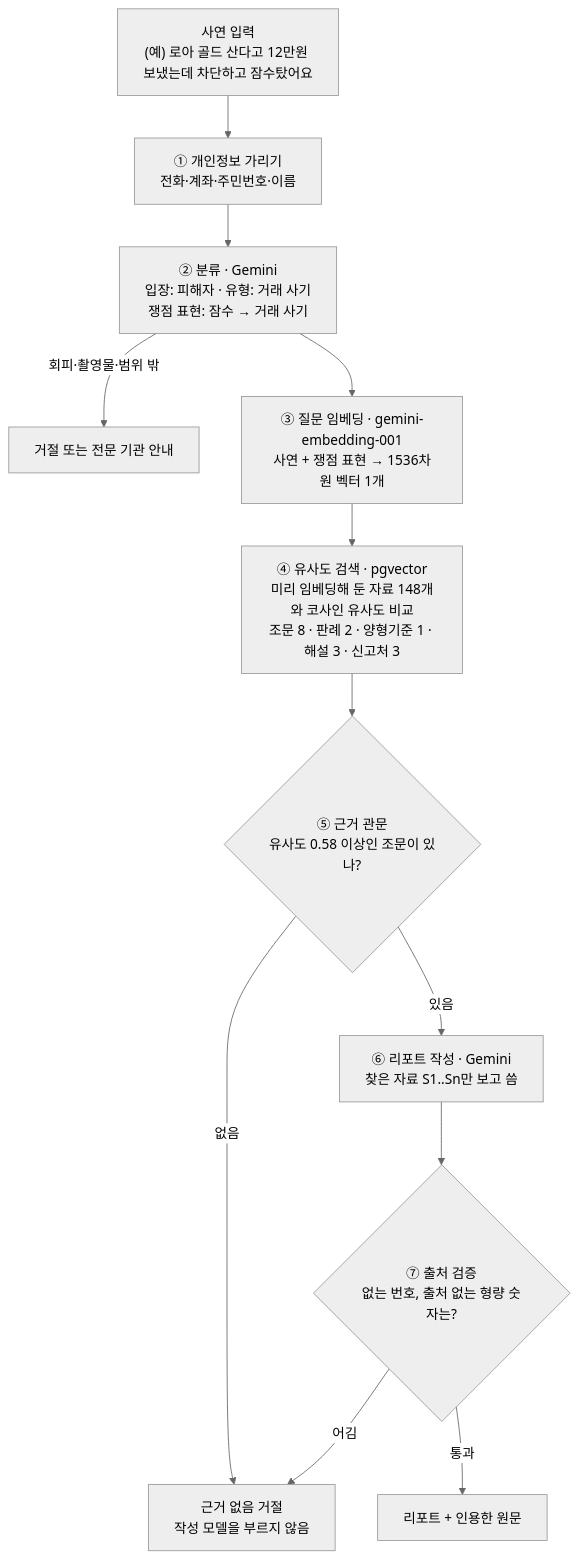
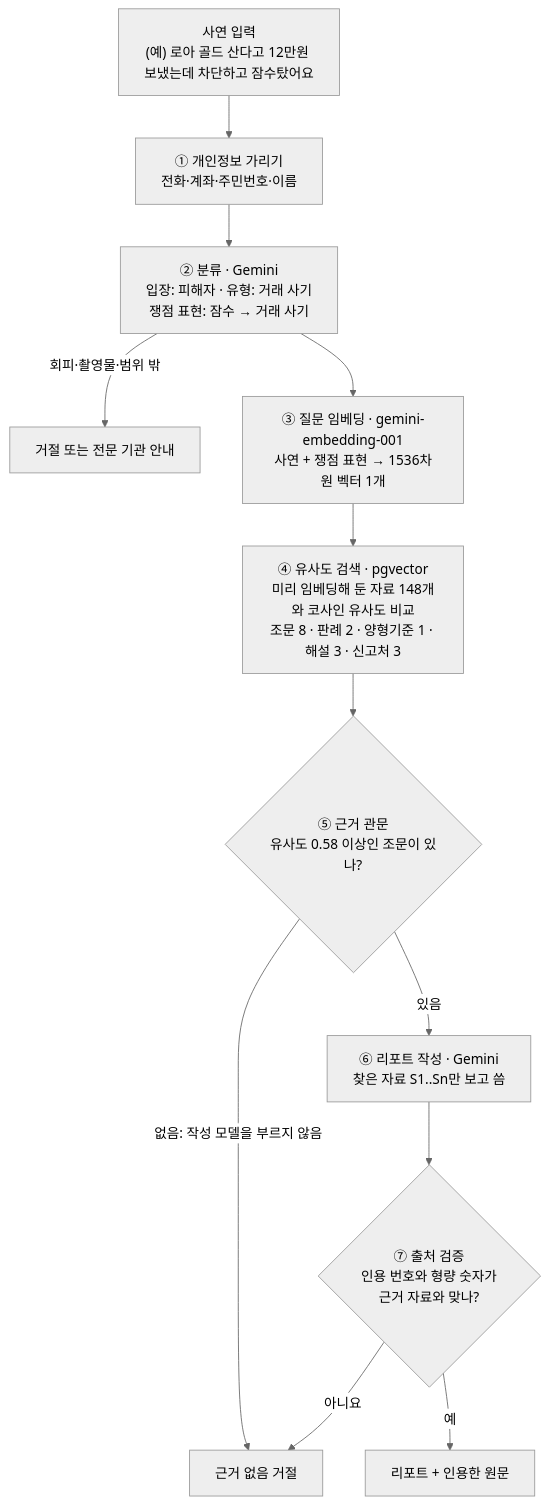
One commit to 100bee/lawg changed the diagram in README.md. Above: the diagram before and after it, drawn with Mermaid (neutral theme).

Commit message:
README flow: the citation check refuses after the writer ran

````diff
--- a/README.md
+++ b/README.md
@@ -41,14 +41,14 @@
 ```mermaid
 flowchart TD
   A["사연 입력<br/>(예) 로아 골드 산다고 12만원 보냈는데 차단하고 잠수탔어요"] --> B["① 개인정보 가리기<br/>전화·계좌·주민번호·이름"]
   B --> C["② 분류 · Gemini<br/>입장: 피해자 · 유형: 거래 사기<br/>쟁점 표현: 잠수 → 거래 사기"]
   C -->|회피·촬영물·범위 밖| X["거절 또는 전문 기관 안내"]
   C --> D["③ 질문 임베딩 · gemini-embedding-001<br/>사연 + 쟁점 표현 → 1536차원 벡터 1개"]
   D --> E["④ 유사도 검색 · pgvector<br/>미리 임베딩해 둔 자료 148개와 코사인 유사도 비교<br/>조문 8 · 판례 2 · 양형기준 1 · 해설 3 · 신고처 3"]
   E --> F{"⑤ 근거 관문<br/>유사도 0.58 이상인 조문이 있나?"}
-  F -->|없음| N["근거 없음 거절<br/>작성 모델을 부르지 않음"]
+  F -->|없음: 작성 모델을 부르지 않음| N["근거 없음 거절"]
   F -->|있음| G["⑥ 리포트 작성 · Gemini<br/>찾은 자료 S1..Sn만 보고 씀"]
-  G --> H{"⑦ 출처 검증<br/>없는 번호, 출처 없는 형량 숫자는?"}
-  H -->|어김| N
-  H -->|통과| R["리포트 + 인용한 원문"]
+  G --> H{"⑦ 출처 검증<br/>인용 번호와 형량 숫자가<br/>근거 자료와 맞나?"}
+  H -->|아니요| N
+  H -->|예| R["리포트 + 인용한 원문"]
 ```
````
